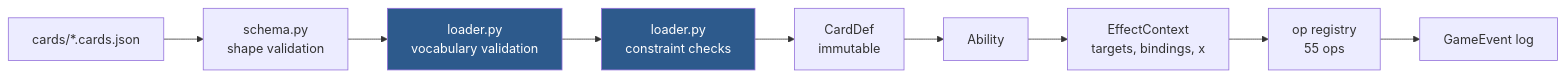
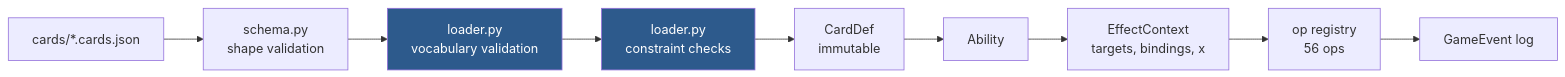
The diagram in docs/card-dsl.md (TylerGauntlett/commander-blitz), drawn with Mermaid before and after one commit. The commit also changed other lines of this file and 5 other files, not shown here.

````diff
--- a/docs/card-dsl.md
+++ b/docs/card-dsl.md
@@ -6,14 +6,14 @@
 ```mermaid
 flowchart LR
     json["cards/*.cards.json"] --> pydantic["schema.py<br/>shape validation"]
     pydantic --> vocab["loader.py<br/>vocabulary validation"]
     vocab --> constraints["loader.py<br/>constraint checks"]
     constraints --> carddef["CardDef<br/>immutable"]
     carddef --> ability["Ability"]
     ability --> ctx["EffectContext<br/>targets, bindings, x"]
-    ctx --> ops["op registry<br/>55 ops"]
+    ctx --> ops["op registry<br/>56 ops"]
     ops --> events["GameEvent log"]
 
     style vocab fill:#2d5a8c,color:#fff
     style constraints fill:#2d5a8c,color:#fff
 ```
````
